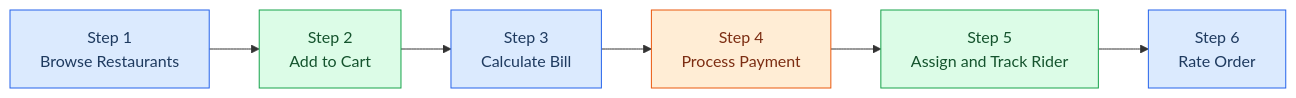
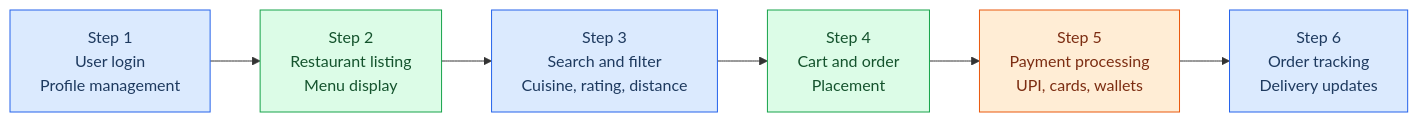
One commit to NamrataRev/AI_academy changed the first of 3 diagrams in Week1/2. Problem_Solving_Foundations.md. Above: the diagram before and after it, drawn with Mermaid. The commit also changed other lines of this file, not shown here.

````diff
--- a/Week1/2. Problem_Solving_Foundations.md
+++ b/Week1/2. Problem_Solving_Foundations.md
@@ -32,11 +36,11 @@
 ```mermaid
 flowchart LR
-    S1["Step 1<br/>Browse Restaurants"] --> S2["Step 2<br/>Add to Cart"] --> S3["Step 3<br/>Calculate Bill"] --> S4["Step 4<br/>Process Payment"] --> S5["Step 5<br/>Assign and Track Rider"] --> S6["Step 6<br/>Rate Order"]
- 
+    S1["Step 1<br/>User login<br/>Profile management"] --> S2["Step 2<br/>Restaurant listing<br/>Menu display"] --> S3["Step 3<br/>Search and filter<br/>Cuisine, rating, distance"] --> S4["Step 4<br/>Cart and order<br/>Placement"] --> S5["Step 5<br/>Payment processing<br/>UPI, cards, wallets"] --> S6["Step 6<br/>Order tracking<br/>Delivery updates"]
+
     classDef blue fill:#dbeafe,stroke:#2563eb,color:#1e3a5f
     classDef green fill:#dcfce7,stroke:#16a34a,color:#14532d
     classDef orange fill:#ffedd5,stroke:#ea580c,color:#7c2d12
     class S1,S3,S6 blue
-    class S2,S5 green
-    class S4 orange
+    class S2,S4 green
+    class S5 orange
 ```
````
